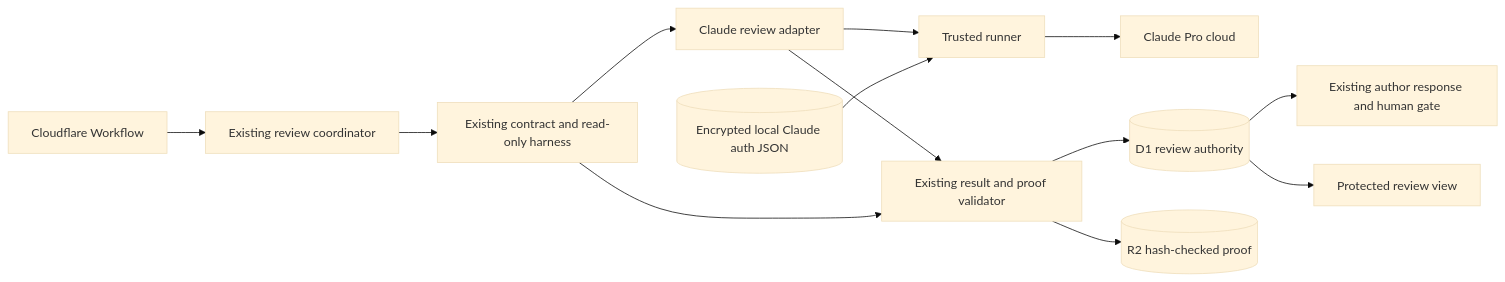
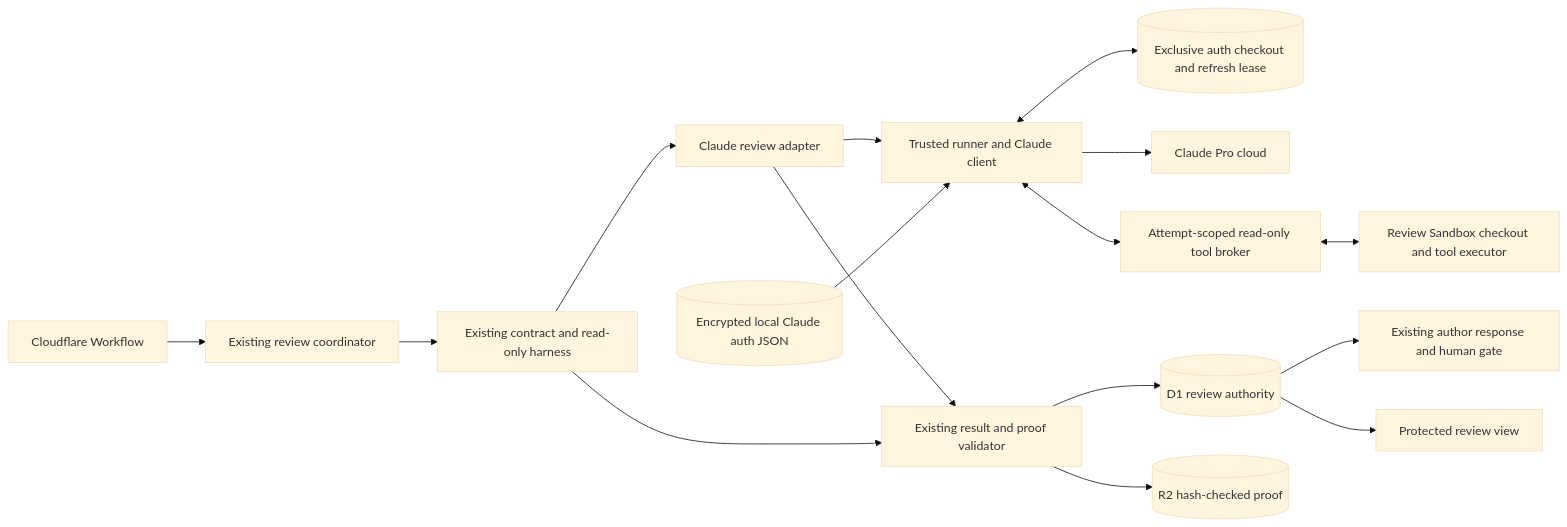
One commit to sachinkundu/deos changed the diagram in openspec/changes/sac-167/design.md. Above: the diagram before and after it, drawn with Mermaid (base theme). The commit also changed other lines of this file, not shown here.

````diff
--- a/openspec/changes/sac-167/design.md
+++ b/openspec/changes/sac-167/design.md
@@ -28,15 +28,18 @@
 ```mermaid
 flowchart LR
     W[Cloudflare Workflow] --> C[Existing review coordinator]
     C --> H[Existing contract and read-only harness]
     H --> A[Claude review adapter]
-    A --> T[Trusted runner]
+    A --> T[Trusted runner and Claude client]
     S[(Encrypted local Claude auth JSON)] --> T
+    T <--> L[(Exclusive auth checkout and refresh lease)]
     T --> P[Claude Pro cloud]
+    T <--> B[Attempt-scoped read-only tool broker]
+    B <--> X[Review Sandbox checkout and tool executor]
     A --> V[Existing result and proof validator]
     H --> V
     V --> D[(D1 review authority)]
     V --> R[(R2 hash-checked proof)]
     D --> G[Existing author response and human gate]
     D --> O[Protected review view]
 ```
````
